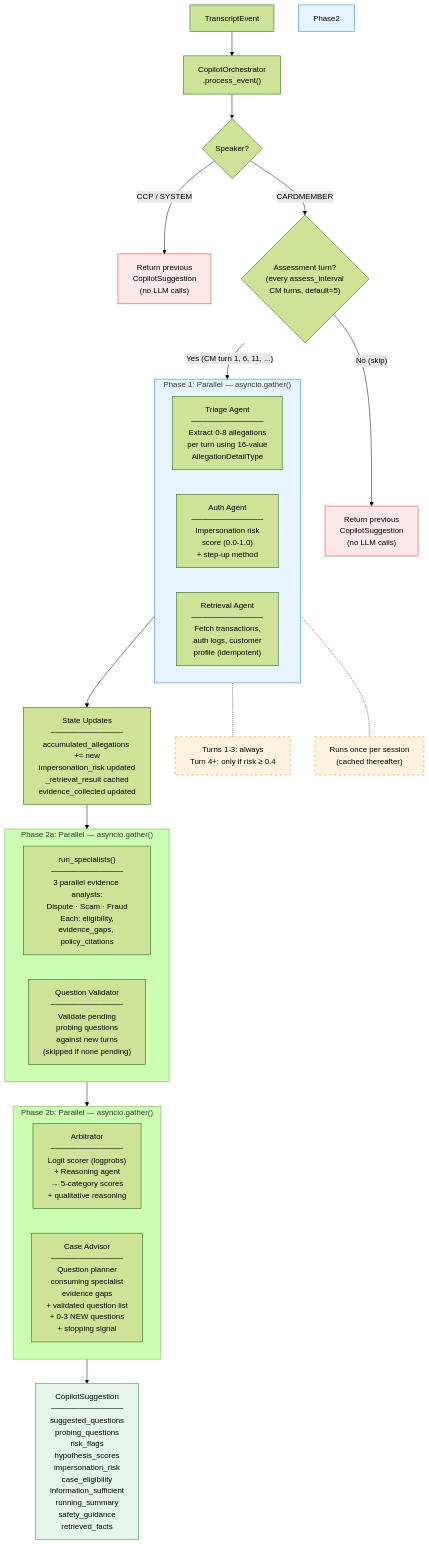
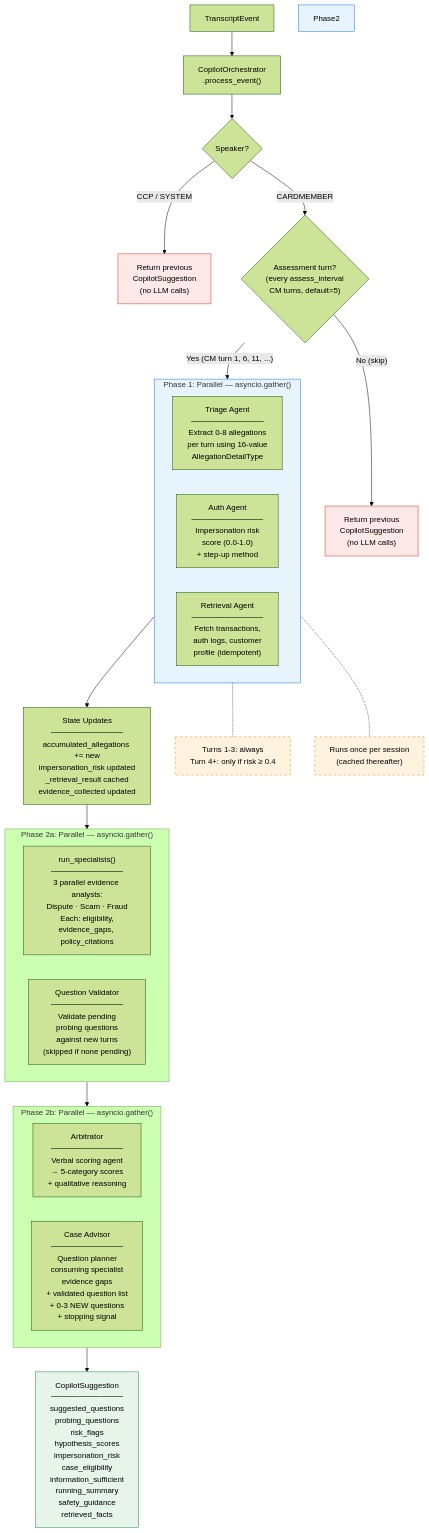
Before and after one commit to hjf1997/agentic_fraud_servicing: the diagram in doc/copilot-workflow.md, drawn with Mermaid (forest theme). The commit also changed other lines of this file and 6 other files, not shown here.

First line of the commit message:
refactor(copilot): revert hypothesis agent to verbal scoring

````diff
--- a/doc/copilot-workflow.md
+++ b/doc/copilot-workflow.md
@@ -9,50 +9,50 @@
 ```mermaid
 flowchart TD
     Event["TranscriptEvent"] --> Orch["CopilotOrchestrator<br/>.process_event()"]
 
     Orch --> SpeakerCheck{Speaker?}
 
     SpeakerCheck -->|CCP / SYSTEM| ReturnPrev["Return previous<br/>CopilotSuggestion<br/>(no LLM calls)"]
     SpeakerCheck -->|CARDMEMBER| IntervalCheck
 
     IntervalCheck{"Assessment turn?<br/>(every assess_interval<br/>CM turns, default=5)"} -->|"No (skip)"| ReturnPrev2["Return previous<br/>CopilotSuggestion<br/>(no LLM calls)"]
     IntervalCheck -->|"Yes (CM turn 1, 6, 11, ...)"| Phase1
 
     subgraph Phase1["Phase 1: Parallel — asyncio.gather()"]
         direction LR
         Triage["Triage Agent<br/>─────────────<br/>Extract 0-8 allegations<br/>per turn using 16-value<br/>AllegationDetailType"]
         Auth["Auth Agent<br/>─────────────<br/>Impersonation risk<br/>score (0.0-1.0)<br/>+ step-up method"]
         Retrieval["Retrieval Agent<br/>─────────────<br/>Fetch transactions,<br/>auth logs, customer<br/>profile (idempotent)"]
     end
 
     Phase1 --> StateUpdate["State Updates<br/>─────────────<br/>accumulated_allegations += new<br/>impersonation_risk updated<br/>_retrieval_result cached<br/>evidence_collected updated"]
 
     StateUpdate --> Phase2a
 
     subgraph Phase2a["Phase 2a: Parallel — asyncio.gather()"]
         direction LR
         Specs["run_specialists()<br/>─────────────<br/>3 parallel evidence analysts:<br/>Dispute · Scam · Fraud<br/>Each: eligibility,<br/>evidence_gaps, policy_citations"]
         QValidator["Question Validator<br/>─────────────<br/>Validate pending<br/>probing questions<br/>against new turns<br/>(skipped if none pending)"]
     end
 
     Phase2a --> Phase2b
 
     subgraph Phase2b["Phase 2b: Parallel — asyncio.gather()"]
         direction LR
-        Arb["Arbitrator<br/>─────────────<br/>Logit scorer (logprobs)<br/>+ Reasoning agent<br/>→ 5-category scores<br/>+ qualitative reasoning"]
+        Arb["Arbitrator<br/>─────────────<br/>Verbal scoring agent<br/>→ 5-category scores<br/>+ qualitative reasoning"]
         CaseAdv["Case Advisor<br/>─────────────<br/>Question planner<br/>consuming specialist<br/>evidence gaps<br/>+ validated question list<br/>+ 0-3 NEW questions<br/>+ stopping signal"]
     end
 
     Phase2b --> Output["CopilotSuggestion<br/>─────────────<br/>suggested_questions<br/>probing_questions<br/>risk_flags<br/>hypothesis_scores<br/>impersonation_risk<br/>case_eligibility<br/>information_sufficient<br/>running_summary<br/>safety_guidance<br/>retrieved_facts"]
 
     Auth -.- AuthNote["Turns 1-3: always<br/>Turn 4+: only if risk ≥ 0.4"]
     Retrieval -.- RetrNote["Runs once per session<br/>(cached thereafter)"]
 
     style Phase1 fill:#e8f4fd,stroke:#1a73e8
     style Phase2 fill:#e8f4fd,stroke:#1a73e8
     style Output fill:#e6f4ea,stroke:#1e8e3e
     style ReturnPrev fill:#fce8e6,stroke:#d93025
     style ReturnPrev2 fill:#fce8e6,stroke:#d93025
     style AuthNote fill:#fff3e0,stroke:#f57c00,stroke-dasharray: 5 5
     style RetrNote fill:#fff3e0,stroke:#f57c00,stroke-dasharray: 5 5
 ```
````
